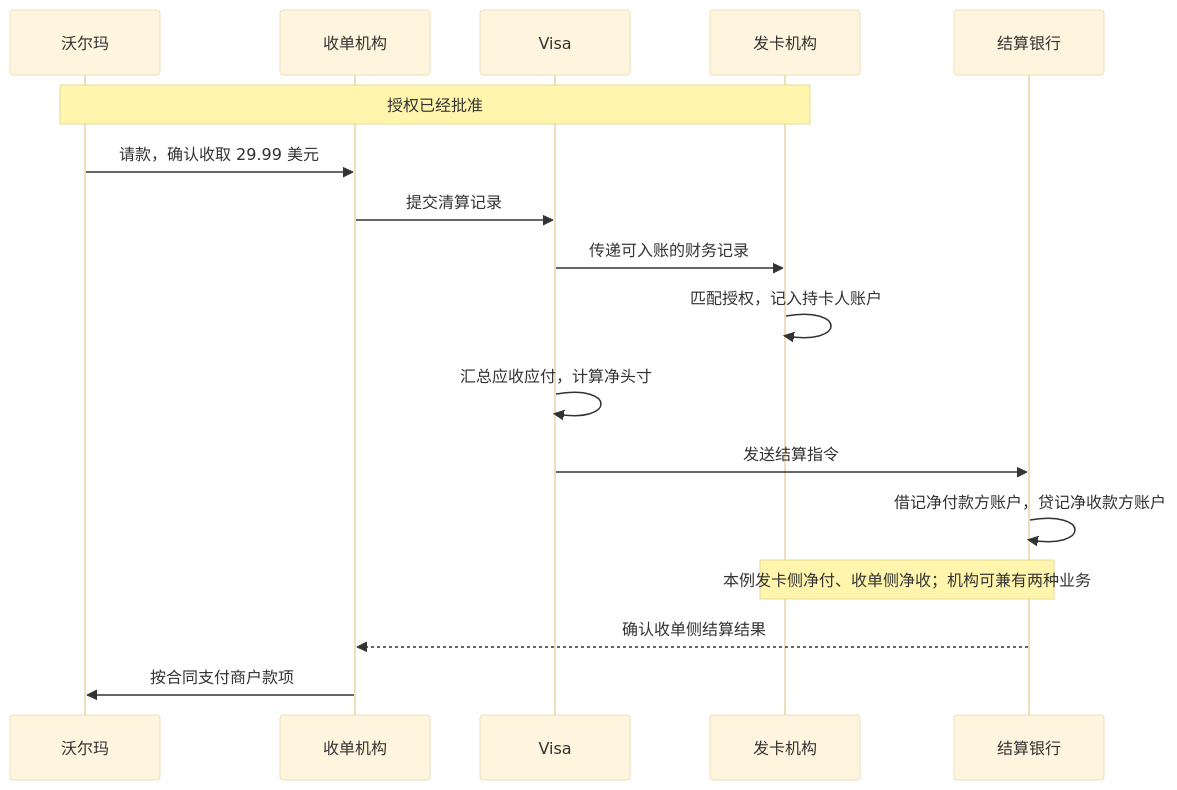
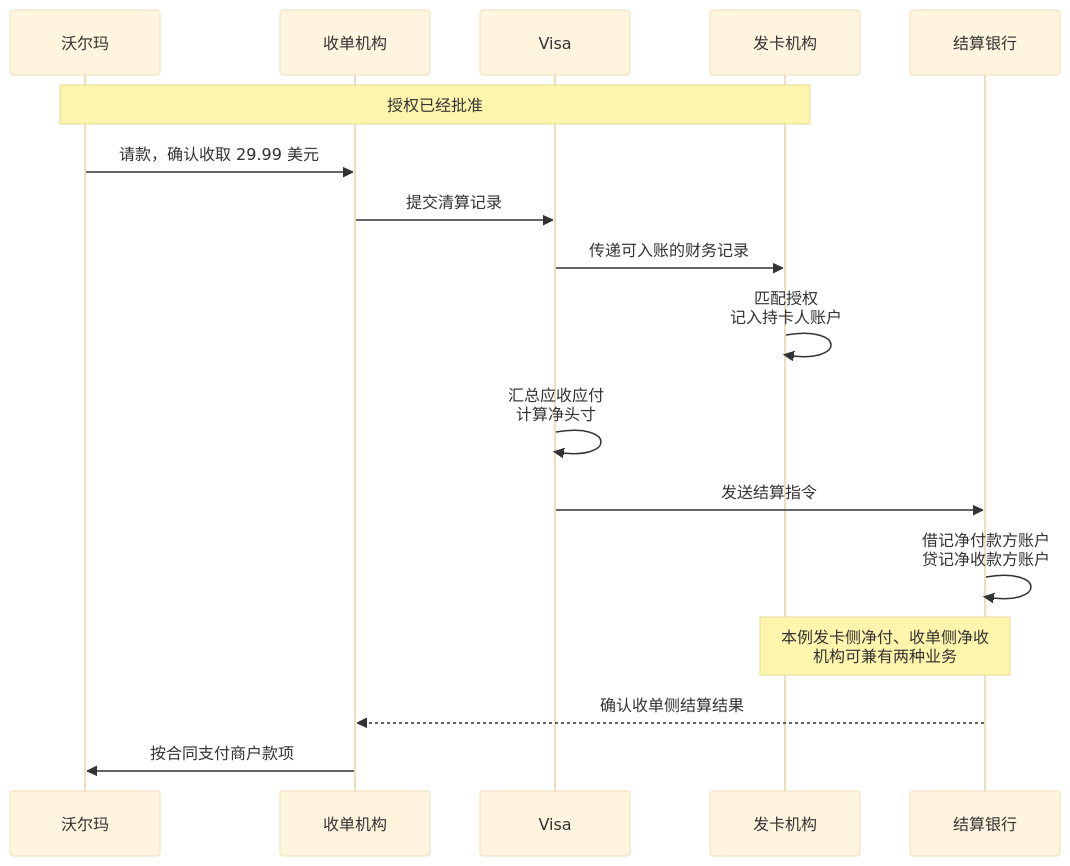
One commit to WCY-dt/blog changed the second of 29 diagrams in _posts/2026-09-05-交易模型.md. Above: the diagram before and after it, drawn with Mermaid (base theme). The commit also changed other lines of this file, not shown here.

````diff
--- a/_posts/2026-09-05-交易模型.md
+++ b/_posts/2026-09-05-交易模型.md
@@ -251,20 +281,20 @@
 ```mermaid
 sequenceDiagram
     participant ME as 沃尔玛
     participant AC as 收单机构
     participant NW as Visa
     participant IS as 发卡机构
     participant SB as 结算银行
 
     Note over ME,IS: 授权已经批准
     ME->>AC: 请款，确认收取 29.99 美元
     AC->>NW: 提交清算记录
     NW->>IS: 传递可入账的财务记录
-    IS->>IS: 匹配授权，记入持卡人账户
-    NW->>NW: 汇总应收应付，计算净头寸
+    IS->>IS: 匹配授权<br>记入持卡人账户
+    NW->>NW: 汇总应收应付<br>计算净头寸
     NW->>SB: 发送结算指令
-    SB->>SB: 借记净付款方账户，贷记净收款方账户
-    Note over IS,SB: 本例发卡侧净付、收单侧净收；机构可兼有两种业务
+    SB->>SB: 借记净付款方账户<br>贷记净收款方账户
+    Note over IS,SB: 本例发卡侧净付、收单侧净收<br>机构可兼有两种业务
     SB-->>AC: 确认收单侧结算结果
     AC->>ME: 按合同支付商户款项
 ```
````
